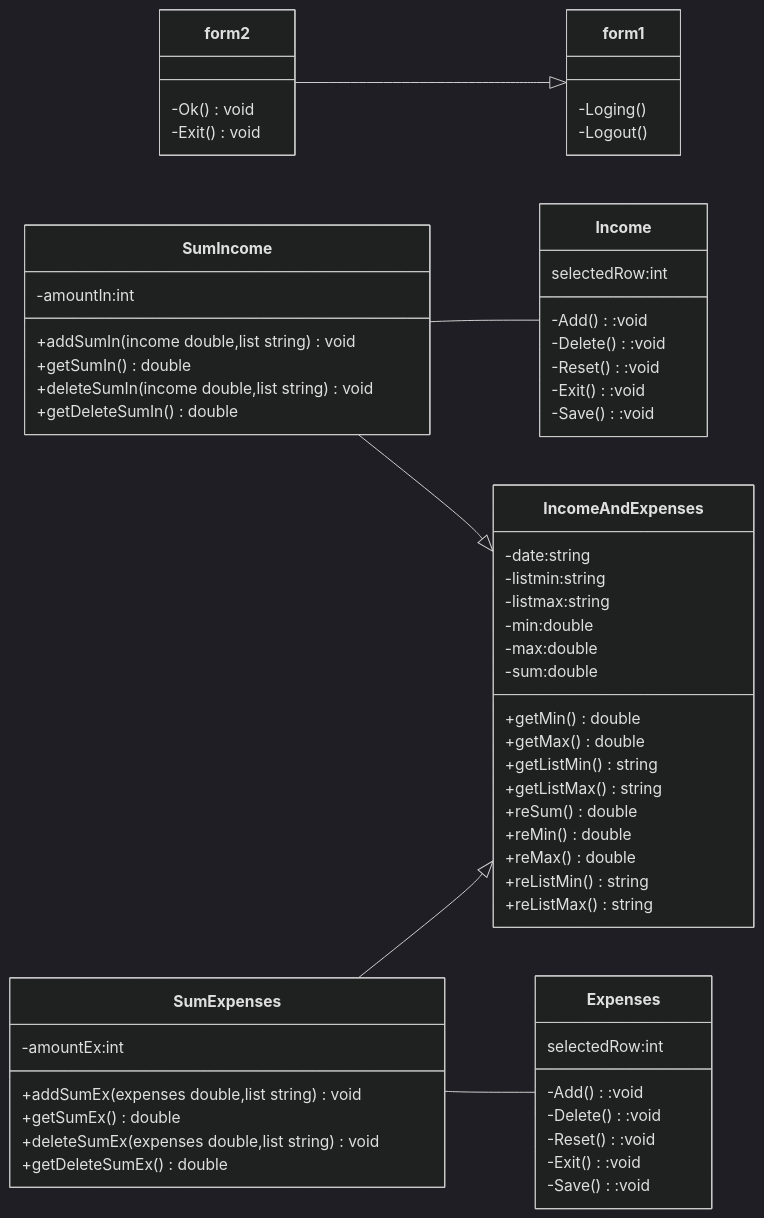
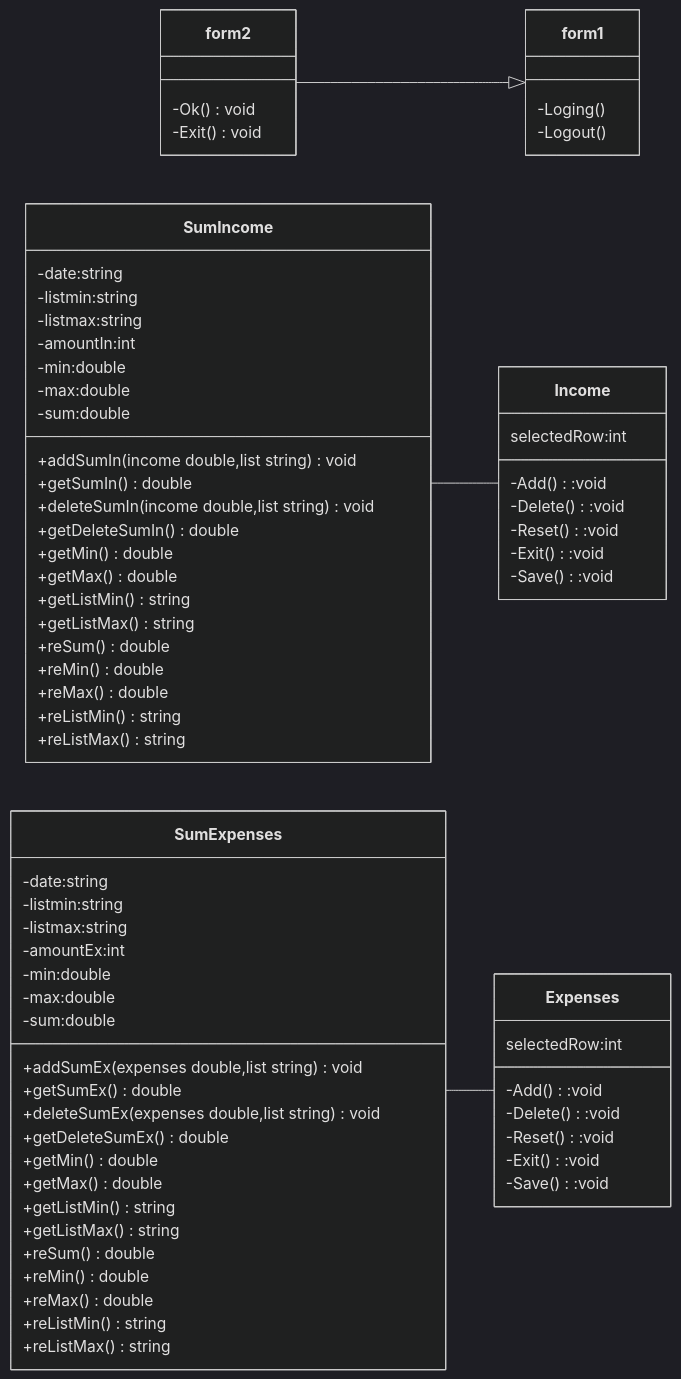
One commit to Naphapilan/Final-Project changed the diagram in README.md. Above: the diagram before and after it, drawn with Mermaid (dark theme).

````diff
--- a/README.md
+++ b/README.md
@@ -12,64 +12,75 @@
 ```mermaid
 classDiagram
   direction LR
   class form1{
   -Loging()
   -Logout()
   }
   class form2{
   -Ok()void
   -Exit()void
   }
   class Income{
   selectedRow:int 
   -Add():void
   -Delete():void
   -Reset():void
   -Exit():void
   -Save():void
   }
   class Expenses{
    selectedRow:int 
   -Add():void
   -Delete():void
   -Reset():void
   -Exit():void
   -Save():void
   }
-  class IncomeAndExpenses{
+  class SumIncome{
   -date:string
   -listmin:string
   -listmax:string
+  -amountIn:int
   -min:double
   -max:double
   -sum:double
+  +addSumIn(income double,list string)void
+  +getSumIn()double
+  +deleteSumIn(income double,list string)void
+  +getDeleteSumIn()double
   +getMin()double
   +getMax()double
   +getListMin()string
   +getListMax()string
   +reSum()double
   +reMin()double
   +reMax()double
   +reListMin()string
   +reListMax()string
   }
-  class SumIncome{
-  -amountIn:int
-  +addSumIn(income double,list string)void
-  +getSumIn()double
-  +deleteSumIn(income double,list string)void
-  +getDeleteSumIn()double
-  }
   class SumExpenses{
+  -date:string
+  -listmin:string
+  -listmax:string
   -amountEx:int
+  -min:double
+  -max:double
+  -sum:double
   +addSumEx(expenses double,list string)void
   +getSumEx()double
   +deleteSumEx(expenses double,list string)void
   +getDeleteSumEx()double
+  +getMin()double
+  +getMax()double
+  +getListMin()string
+  +getListMax()string
+  +reSum()double
+  +reMin()double
+  +reMax()double
+  +reListMin()string
+  +reListMax()string
   }
   form2 --|> form1
-  SumExpenses --|> IncomeAndExpenses
-  SumIncome --|> IncomeAndExpenses 
   SumExpenses -- Expenses
   SumIncome -- Income
 ```
````
